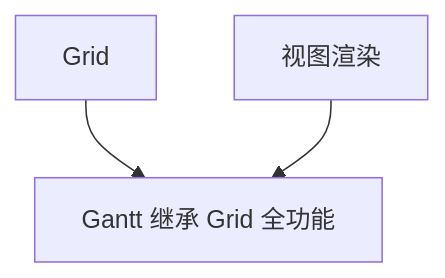
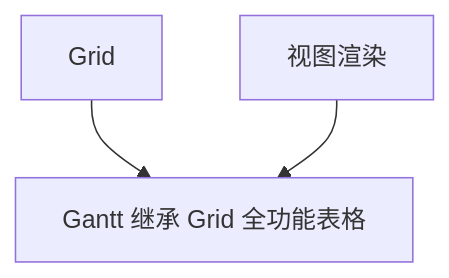
Before and after one commit to x-extends/vxe-ui-docs: the third of 4 diagrams in framework.md, drawn with Mermaid. The commit also changed other lines of this file, not shown here.

````diff
--- a/framework.md
+++ b/framework.md
@@ -63,5 +63,5 @@
 ```mermaid
 graph TD;
-    Grid-->Gantt[Gantt 继承 Grid 全功能];
+    Grid-->Gantt[Gantt 继承 Grid 全功能表格];
     chat[视图渲染]-->Gantt;
 ```
````
